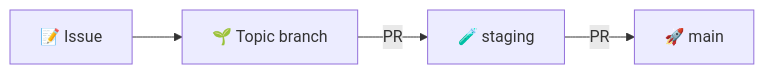
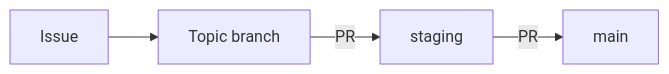
Before and after one commit to Guillermo-03/CloudComputing_Final: the third of 3 diagrams in README.md, drawn with Mermaid. The commit also changed other lines of this file, not shown here.

````diff
--- a/README.md
+++ b/README.md
@@ -153,4 +141,4 @@
 ```mermaid
 flowchart LR
-    I["📝 Issue"] --> T["🌱 Topic branch"] -->|PR| S["🧪 staging"] -->|PR| M["🚀 main"]
+    I["Issue"] --> T["Topic branch"] -->|PR| S["staging"] -->|PR| M["main"]
 ```
````
